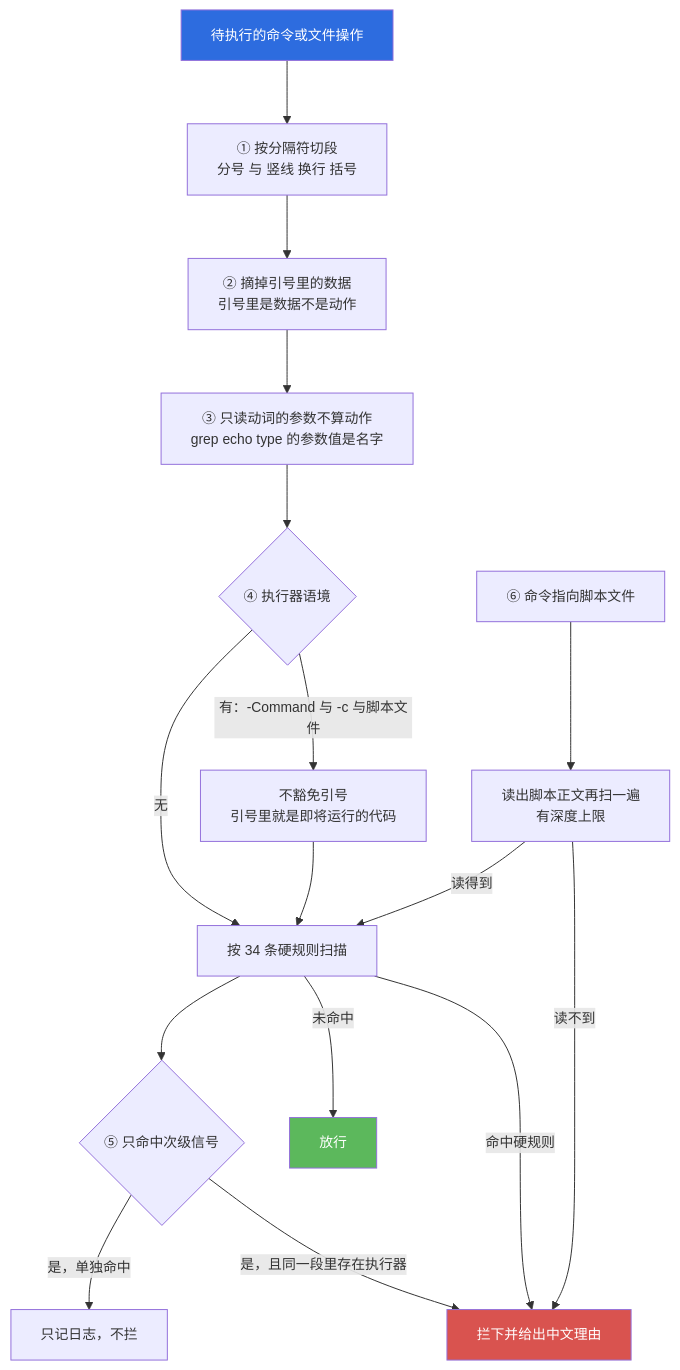
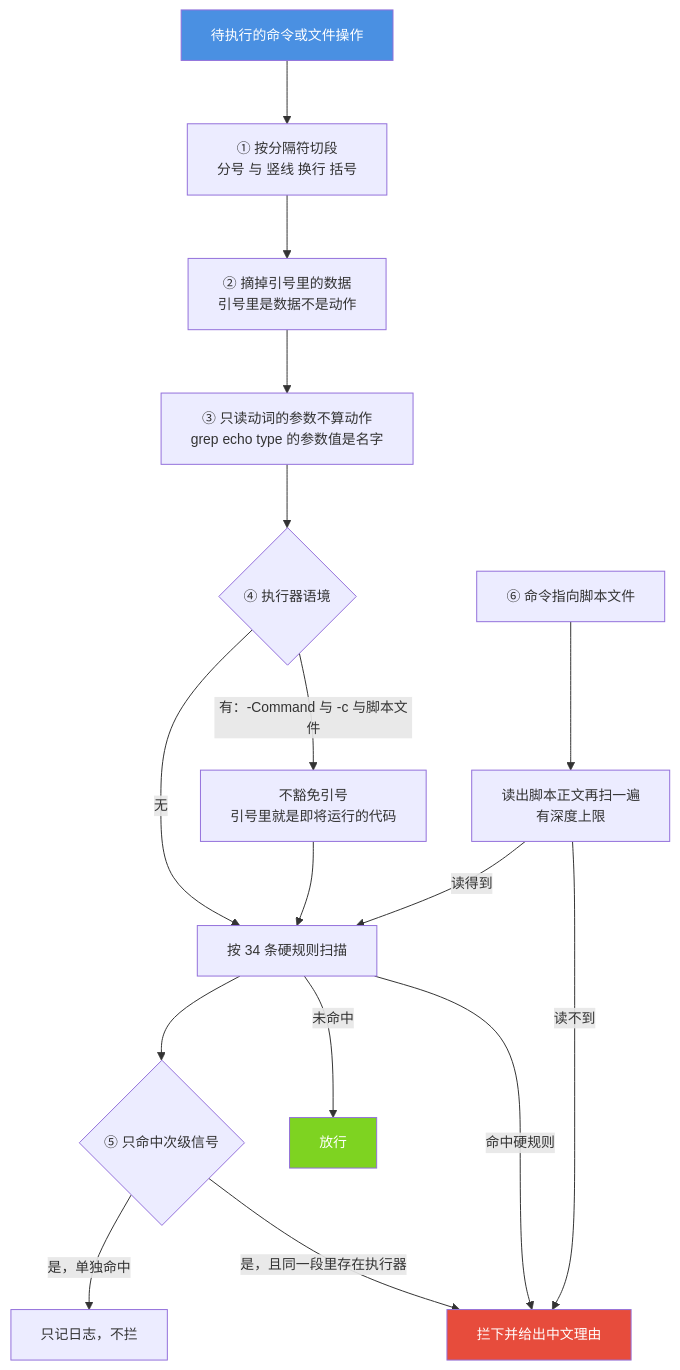
The fifth of 6 diagrams in docs/modules/06-world.md (jiangchuangege/xiaojiao-harnees), drawn with Mermaid before and after one commit. The commit also changed other lines of this file and 32 other files, not shown here.

Commit message:
统一：全仓原理图配色到一套调色板 + 给 12 张灰图补色 + 修正自己会睡那张过期图

````diff
--- a/docs/modules/06-world.md
+++ b/docs/modules/06-world.md
@@ -371,23 +371,23 @@
 ```mermaid
 %%{init: {"themeVariables": {"fontSize": "14px"}, "flowchart": {"htmlLabels": true, "wrappingWidth": 340, "nodeSpacing": 46, "rankSpacing": 64, "useMaxWidth": true}}}%%
 flowchart TB
     CMD["待执行的命令或文件操作"] --> SEG["① 按分隔符切段<br/>分号 与 竖线 换行 括号"]
     SEG --> QUOTE["② 摘掉引号里的数据<br/>引号里是数据不是动作"]
     QUOTE --> READONLY["③ 只读动词的参数不算动作<br/>grep echo type 的参数值是名字"]
     READONLY --> EXEC{"④ 执行器语境"}
     EXEC -->|"有：-Command 与 -c 与脚本文件"| NOSKIP["不豁免引号<br/>引号里就是即将运行的代码"]
     EXEC -->|"无"| RULES["按 34 条硬规则扫描"]
     NOSKIP --> RULES
     RULES --> SUS{"⑤ 只命中次级信号"}
     SUS -->|"是，且同一段里存在执行器"| BLOCK["拦下并给出中文理由"]
     SUS -->|"是，单独命中"| LOGONLY["只记日志，不拦"]
     RULES -->|"命中硬规则"| BLOCK
     RULES -->|"未命中"| PASS["放行"]
     SCRIPT["⑥ 命令指向脚本文件"] --> READ["读出脚本正文再扫一遍<br/>有深度上限"]
     READ -->|"读不到"| BLOCK
     READ -->|"读得到"| RULES
 
-    style CMD fill:#2d6cdf,color:#fff
-    style BLOCK fill:#d9534f,color:#fff
-    style PASS fill:#5cb85c,color:#fff
+    style CMD fill:#4A90E2,color:#fff
+    style BLOCK fill:#E74C3C,color:#fff
+    style PASS fill:#7ED321,color:#fff
 ```
````
